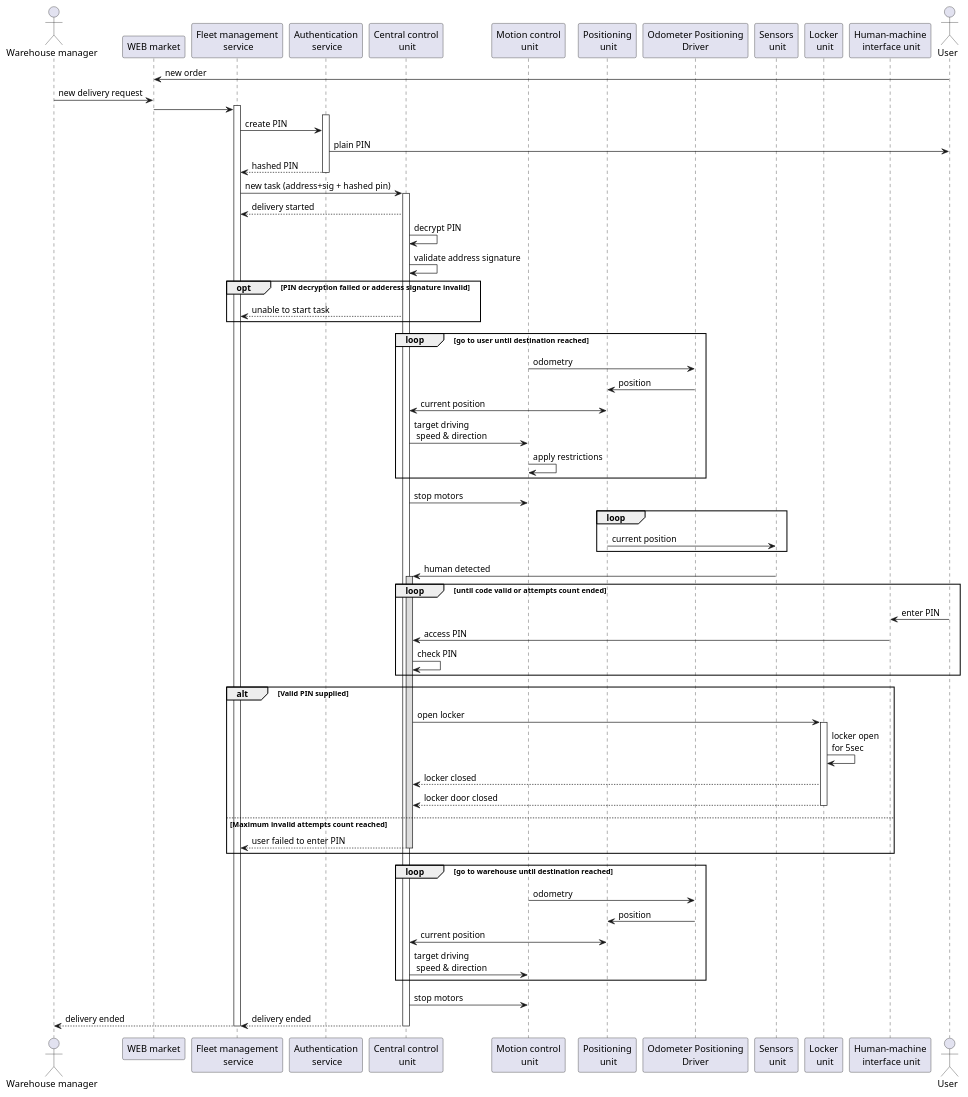
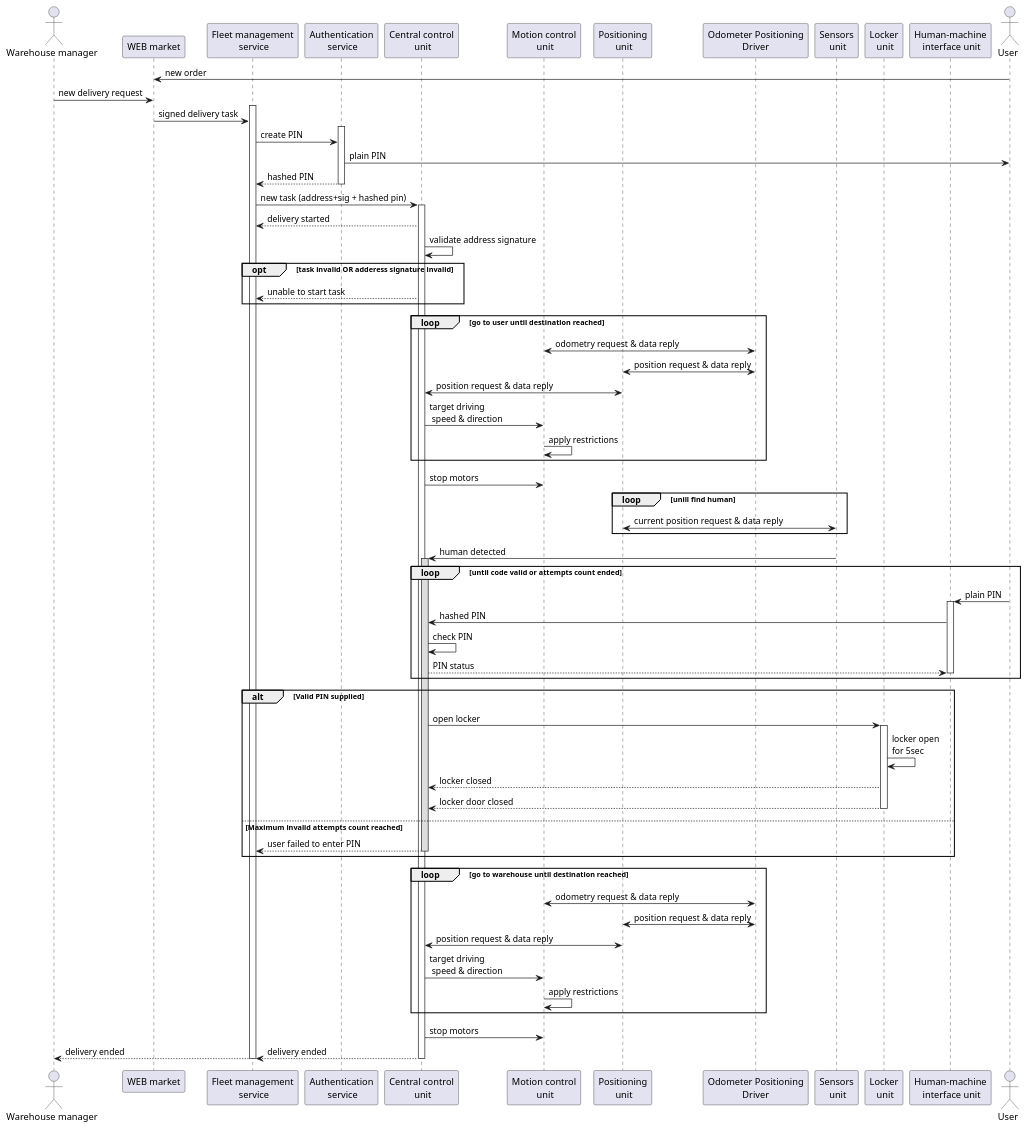
Before and after one commit to Losssaw3/cyberimmune-delivery-robot: the diagram in docs/diagrams/sequence_new.puml, drawn with PlantUML. The commit also changed 3 other files, not shown here.

```diff
--- a/docs/diagrams/sequence_new.puml
+++ b/docs/diagrams/sequence_new.puml
@@ -1,102 +1,106 @@
 @startuml
 !pragma teoz true
 'autonumber
 
 actor "Warehouse manager" as WH
 participant "WEB market" as STOR
 participant "Fleet management\n service" as FMS
 participant "Authentication\n service" as AS
 participant "Central control\n unit" as CCU
 participant "Motion control\n unit" as MCU
 participant "Positioning\n unit" as PU
 participant "Odometer Positioning\nDriver" as OPD
 participant "Sensors\n unit" as SU
 participant "Locker\n unit" as LU
 participant "Human-machine\n interface unit" as HMI
 actor "User" as User
 
 User    -> STOR:      new order
 
 WH      -> STOR:     new delivery request
 activate FMS
-STOR    -> FMS
+STOR    -> FMS:     signed delivery task
 activate AS
 FMS     -> AS:      create PIN
 AS      -> User:    plain PIN
 AS     --> FMS:     hashed PIN
 deactivate AS
 FMS     -> CCU:      new task (address+sig + hashed pin)
 
 activate CCU
 
 CCU    --> FMS:      delivery started
 
-CCU     -> CCU:     decrypt PIN
 CCU     -> CCU:     validate address signature
-opt PIN decryption failed or adderess signature invalid
+opt task invalid OR adderess signature invalid
 CCU    --> FMS:      unable to start task
 end opt
 
 loop go to user until destination reached
 
-MCU     -> OPD:      odometry
-OPD     -> PU:       position
-PU      <-> CCU:     current position
+MCU     <-> OPD:      odometry request & data reply
+OPD     <-> PU:       position request & data reply
+PU      <-> CCU:      position request & data reply
 CCU     -> MCU:      target driving\n speed & direction
 MCU     -> MCU:       apply restrictions
 
 end
 
 
 CCU     -> MCU:     stop motors
 
 
-loop
-PU      -> SU:      current position
+loop unill find human
+PU      <-> SU:      current position request & data reply
 end
 
 SU      -> CCU:     human detected
 activate CCU #DDDDDD
 
 
 loop until code valid or attempts count ended
-User    -> HMI:     enter PIN
-HMI     -> CCU:     access PIN
+User    -> HMI:     plain PIN
+activate HMI
+
+HMI     -> CCU:     hashed PIN
 CCU     -> CCU:     check PIN
+CCU     --> HMI:     PIN status
+deactivate HMI
 end
 
 alt Valid PIN supplied
 
 CCU     -> LU:      open locker
 activate LU
 LU      -> LU:      locker open\nfor 5sec
 LU     --> CCU:     locker closed
 LU     --> CCU:     locker door closed
 deactivate LU
 
 else Maximum invalid attempts count reached
 
 CCU    --> FMS:      user failed to enter PIN
 
 deactivate CCU
 end
 
 loop go to warehouse until destination reached
-MCU     -> OPD:      odometry
-OPD     -> PU:       position
-PU      <-> CCU:     current position
+MCU     <-> OPD:      odometry request & data reply
+OPD     <-> PU:       position request & data reply
+PU      <-> CCU:      position request & data reply
 CCU     -> MCU:      target driving\n speed & direction
+MCU     -> MCU:       apply restrictions
 end
 
 CCU     -> MCU:     stop motors
 
 CCU     --> FMS:     delivery ended
 
 deactivate CCU
 
 &FMS    --> WH:     delivery ended
 
 deactivate FMS
 
 
 @enduml
```
